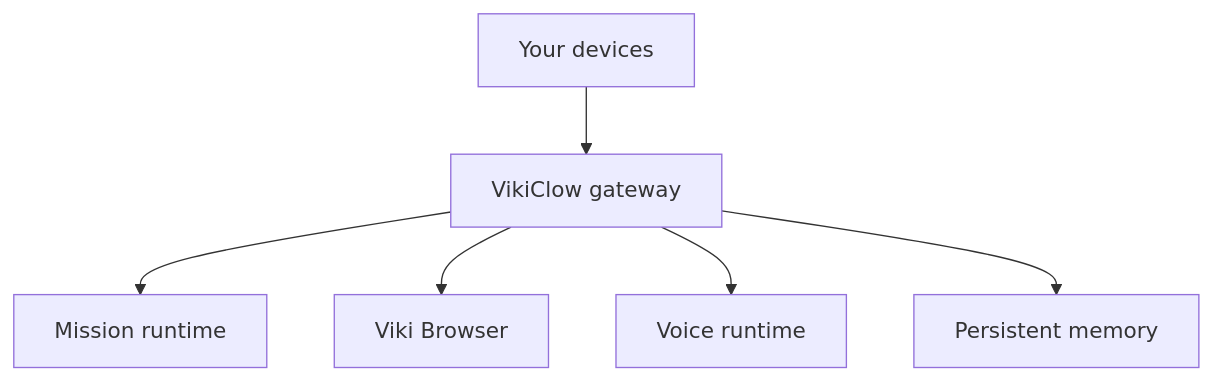
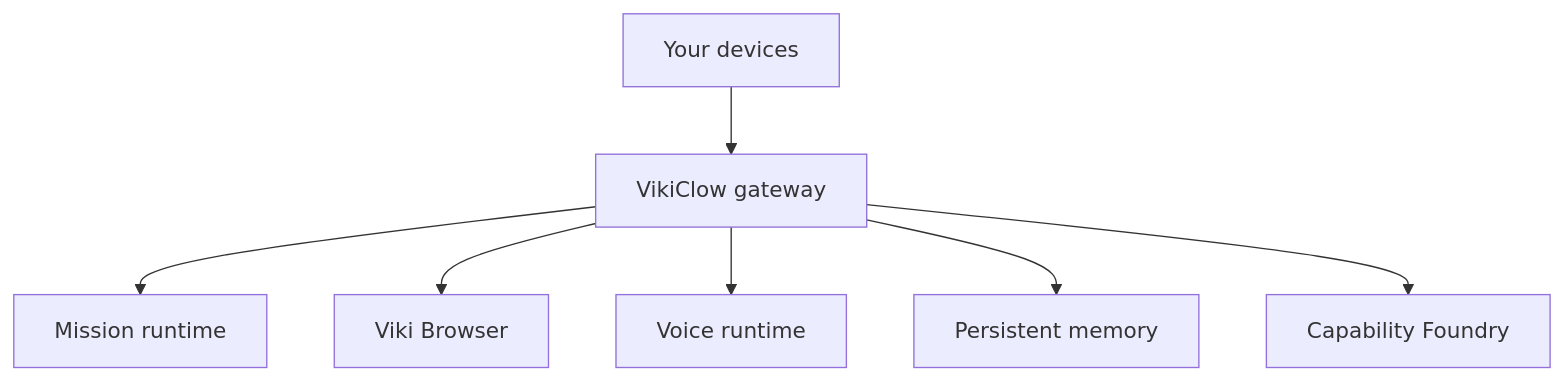
One commit to rebootix-research/viki-clow changed the diagram in docs/start/vikiclow.md. Above: the diagram before and after it, drawn with Mermaid. The commit also changed other lines of this file and 25 other files, not shown here.

Commit message:
Integrate Capability Foundry bundle proof

````diff
--- a/docs/start/vikiclow.md
+++ b/docs/start/vikiclow.md
@@ -35,8 +37,9 @@
 ```mermaid
 flowchart TB
   A["Your devices"] --> B["VikiClow gateway"]
   B --> C["Mission runtime"]
   B --> D["Viki Browser"]
   B --> E["Voice runtime"]
   B --> F["Persistent memory"]
+  B --> G["Capability Foundry"]
 ```
````
